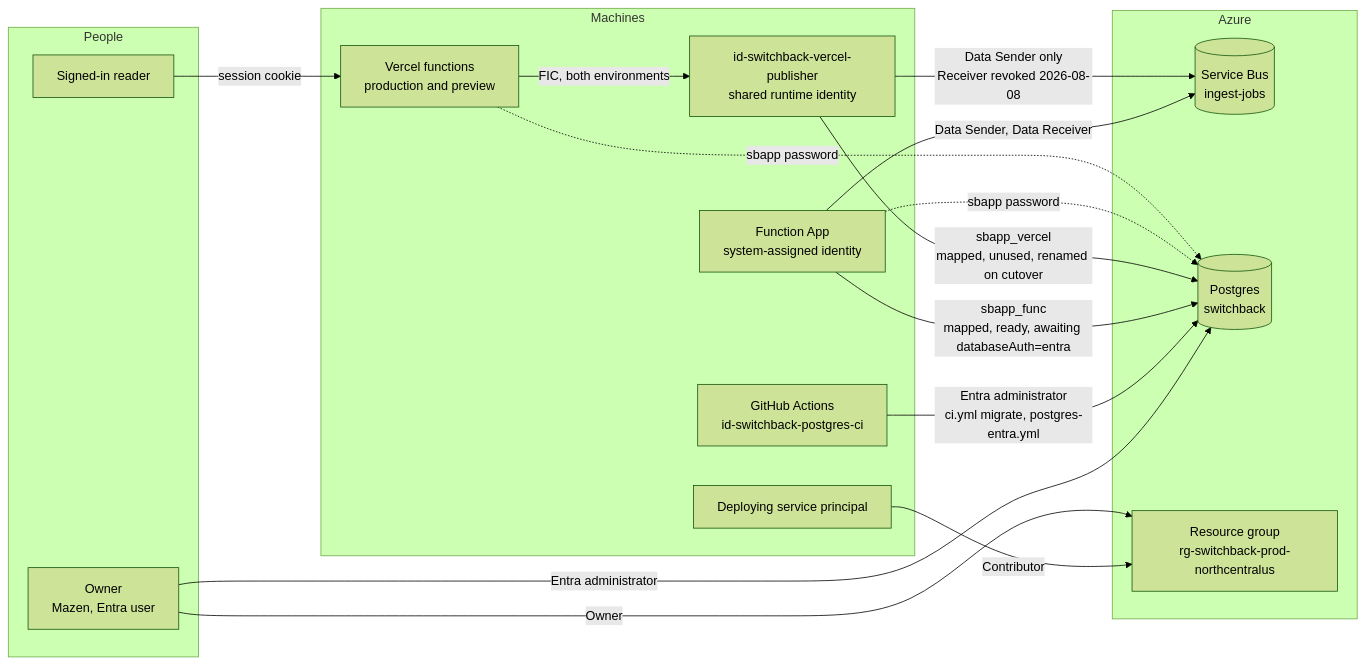
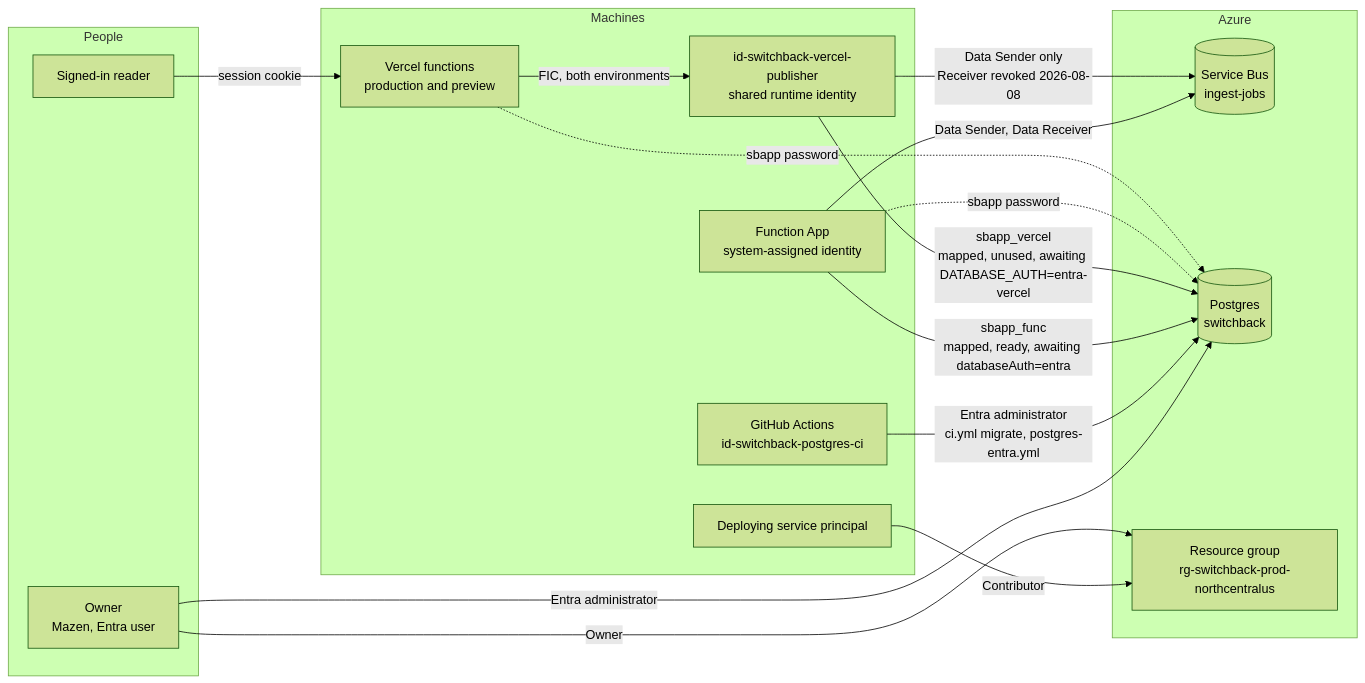
One commit to mbahgatTech/switchback changed the eighth of 11 diagrams in docs/architecture.md. Above: the diagram before and after it, drawn with Mermaid (forest theme). The commit also changed other lines of this file and 10 other files, not shown here.

````diff
--- a/docs/architecture.md
+++ b/docs/architecture.md
@@ -1384,32 +1384,32 @@
 ```mermaid
 graph LR
   subgraph People
     OWNER[Owner<br/>Mazen, Entra user]
     READER[Signed-in reader]
   end
   subgraph Machines
     VERCEL[Vercel functions<br/>production and preview]
     FUNC[Function App<br/>system-assigned identity]
     RUNTIME[id-switchback-vercel-publisher<br/>shared runtime identity]
     CI[GitHub Actions<br/>id-switchback-postgres-ci]
     SP[Deploying service principal]
   end
   subgraph Azure
     SB[(Service Bus<br/>ingest-jobs)]
     PG[(Postgres<br/>switchback)]
     RG[Resource group<br/>rg-switchback-prod-northcentralus]
   end
 
   VERCEL -->|FIC, both environments| RUNTIME
   RUNTIME -->|Data Sender only<br/>Receiver revoked 2026-08-08| SB
   FUNC -->|Data Sender, Data Receiver| SB
   VERCEL -.->|sbapp password| PG
   FUNC -.->|sbapp password| PG
-  RUNTIME -->|sbapp_vercel<br/>mapped, unused, renamed on cutover| PG
+  RUNTIME -->|sbapp_vercel<br/>mapped, unused, awaiting DATABASE_AUTH=entra-vercel| PG
   FUNC -->|sbapp_func<br/>mapped, ready, awaiting databaseAuth=entra| PG
   CI -->|Entra administrator<br/>ci.yml migrate, postgres-entra.yml| PG
   OWNER -->|Entra administrator| PG
   OWNER -->|Owner| RG
   SP -->|Contributor| RG
   READER -->|session cookie| VERCEL
 ```
````
